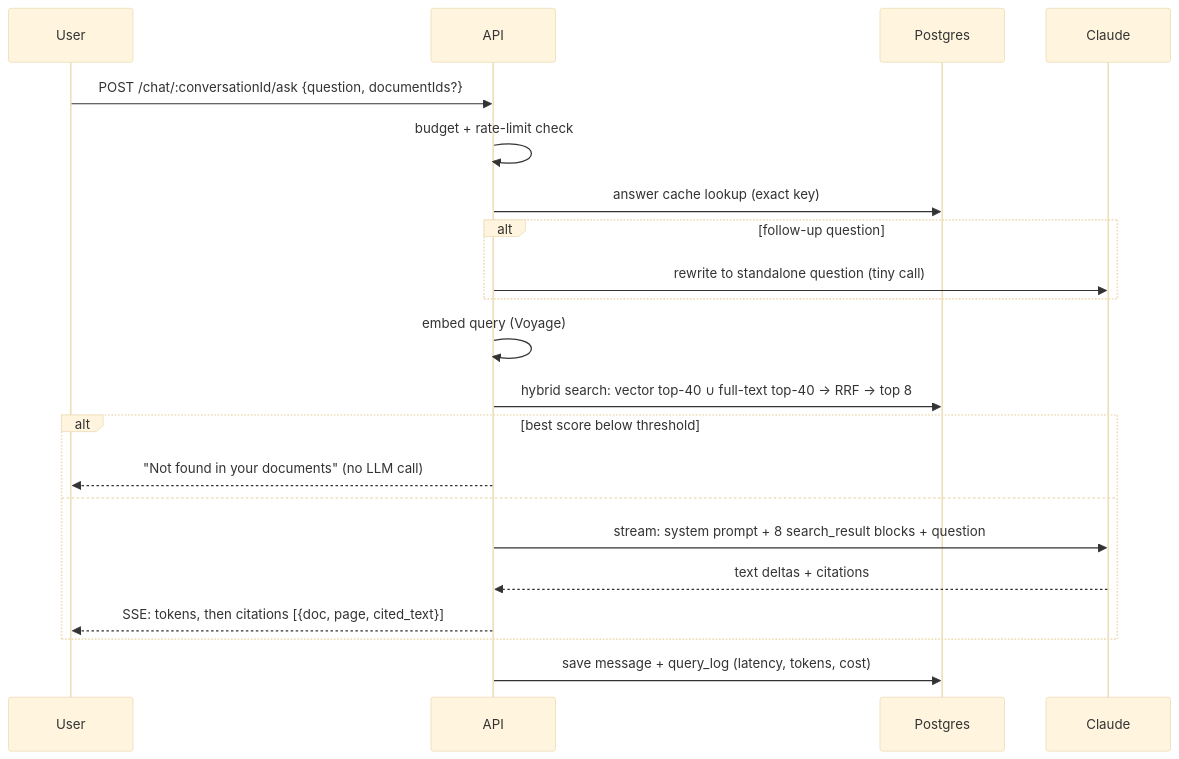
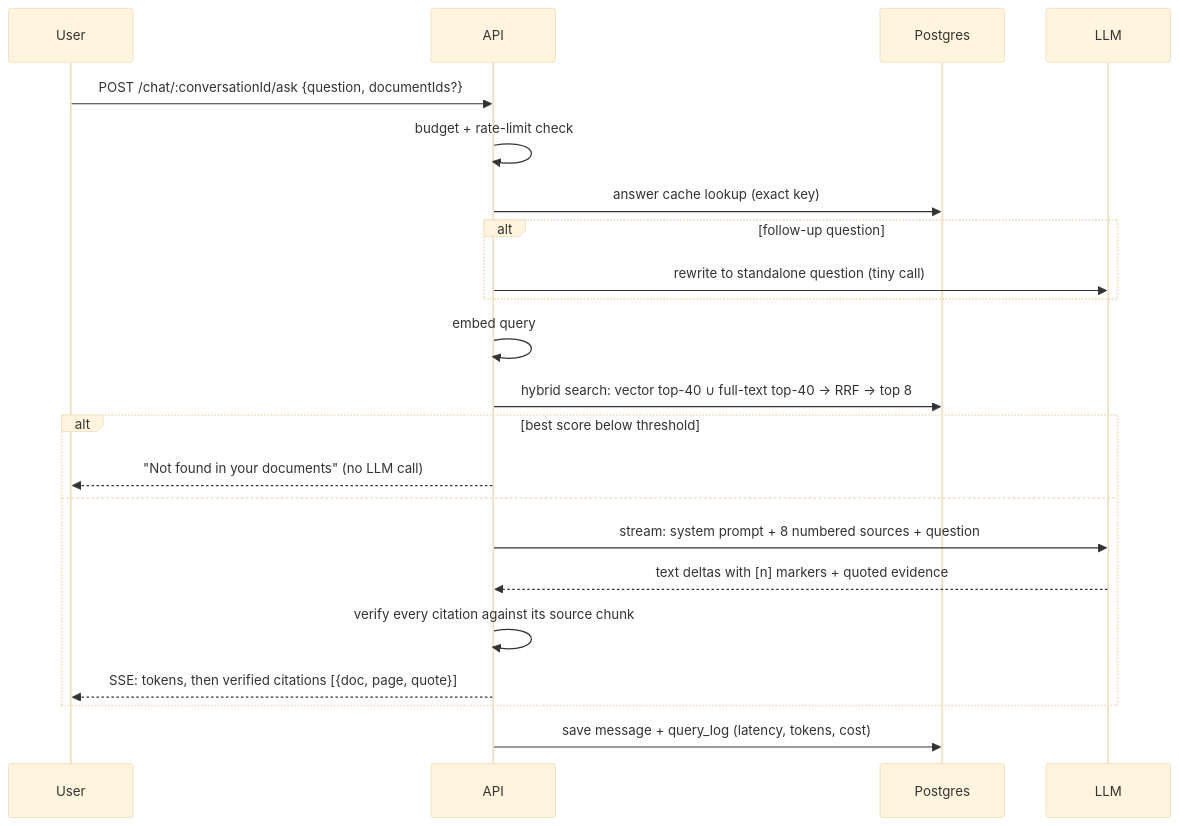
The third of 3 diagrams in docs/ARCHITECTURE.md (manak-gupta/documind), drawn with Mermaid (base theme) before and after one commit. The commit also changed other lines of this file and 3 other files, not shown here.

Commit message:
docs: switch to provider-agnostic LLM layer with Gemini free tier and server-side citation verification

````diff
--- a/docs/ARCHITECTURE.md
+++ b/docs/ARCHITECTURE.md
@@ -95,23 +95,24 @@
 ```mermaid
 sequenceDiagram
   participant U as User
   participant A as API
   participant D as Postgres
-  participant C as Claude
+  participant C as LLM
   U->>A: POST /chat/:conversationId/ask {question, documentIds?}
   A->>A: budget + rate-limit check
   A->>D: answer cache lookup (exact key)
   alt follow-up question
     A->>C: rewrite to standalone question (tiny call)
   end
-  A->>A: embed query (Voyage)
+  A->>A: embed query
   A->>D: hybrid search: vector top-40 ∪ full-text top-40 → RRF → top 8
   alt best score below threshold
     A-->>U: "Not found in your documents" (no LLM call)
   else
-    A->>C: stream: system prompt + 8 search_result blocks + question
-    C-->>A: text deltas + citations
-    A-->>U: SSE: tokens, then citations [{doc, page, cited_text}]
+    A->>C: stream: system prompt + 8 numbered sources + question
+    C-->>A: text deltas with [n] markers + quoted evidence
+    A->>A: verify every citation against its source chunk
+    A-->>U: SSE: tokens, then verified citations [{doc, page, quote}]
   end
   A->>D: save message + query_log (latency, tokens, cost)
 ```
````
